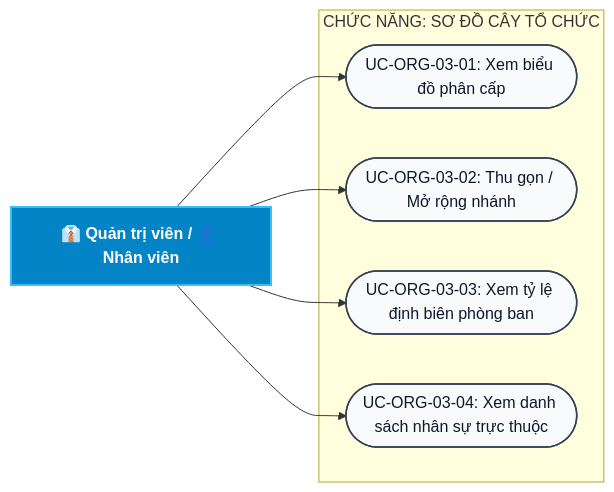
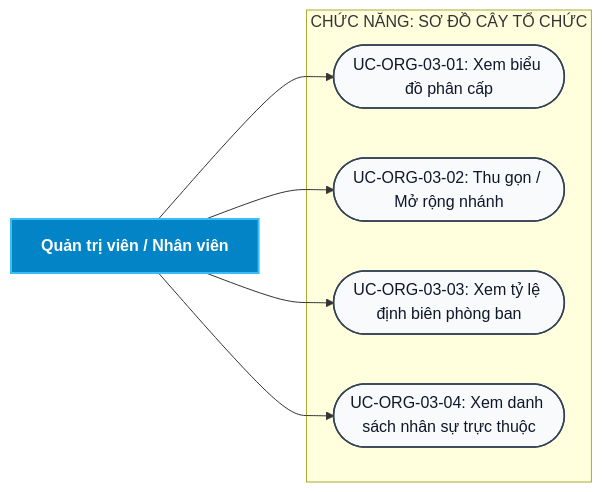
One commit to aye2710/HRM-DATN changed the fifth of 46 diagrams in docs/Các biểu đồ/So_Do_Use_Case_Tong_Quat_HRM.md. Above: the diagram before and after it, drawn with Mermaid. The commit also changed other lines of this file and 69 other files, not shown here.

First line of the commit message:
feat(ess,auth,docs): isolate portal auth, upgrade employee portal UI & sync diagrams

````diff
--- a/docs/Các biểu đồ/So_Do_Use_Case_Tong_Quat_HRM.md
+++ b/docs/Các biểu đồ/So_Do_Use_Case_Tong_Quat_HRM.md
@@ -336,21 +358,21 @@
 ```mermaid
 flowchart LR
-    USER["👔 Quản trị viên / 👤 Nhân viên"]
+    USER["Quản trị viên / Nhân viên"]
 
     subgraph FUNC_CHART ["CHỨC NĂNG: SƠ ĐỒ CÂY TỔ CHỨC"]
         UC1(["UC-ORG-03-01: Xem biểu đồ phân cấp"])
         UC2(["UC-ORG-03-02: Thu gọn / Mở rộng nhánh"])
         UC3(["UC-ORG-03-03: Xem tỷ lệ định biên phòng ban"])
         UC4(["UC-ORG-03-04: Xem danh sách nhân sự trực thuộc"])
     end
 
     USER --> UC1
     USER --> UC2
     USER --> UC3
     USER --> UC4
 
     classDef actor fill:#0284c7,stroke:#38bdf8,stroke-width:2px,color:#ffffff,font-weight:bold;
     classDef uc fill:#f8fafc,stroke:#334155,stroke-width:1.5px,color:#0f172a;
     class USER actor;
     class UC1,UC2,UC3,UC4 uc;
 ```
````
